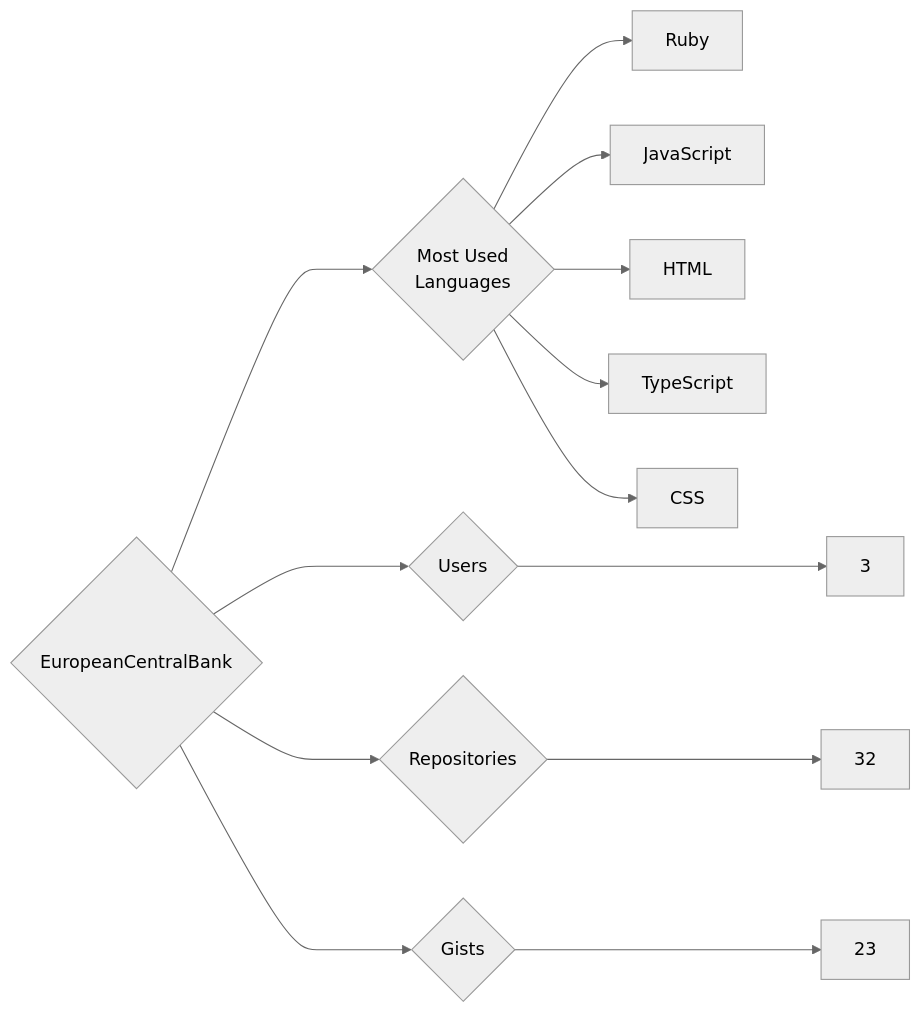
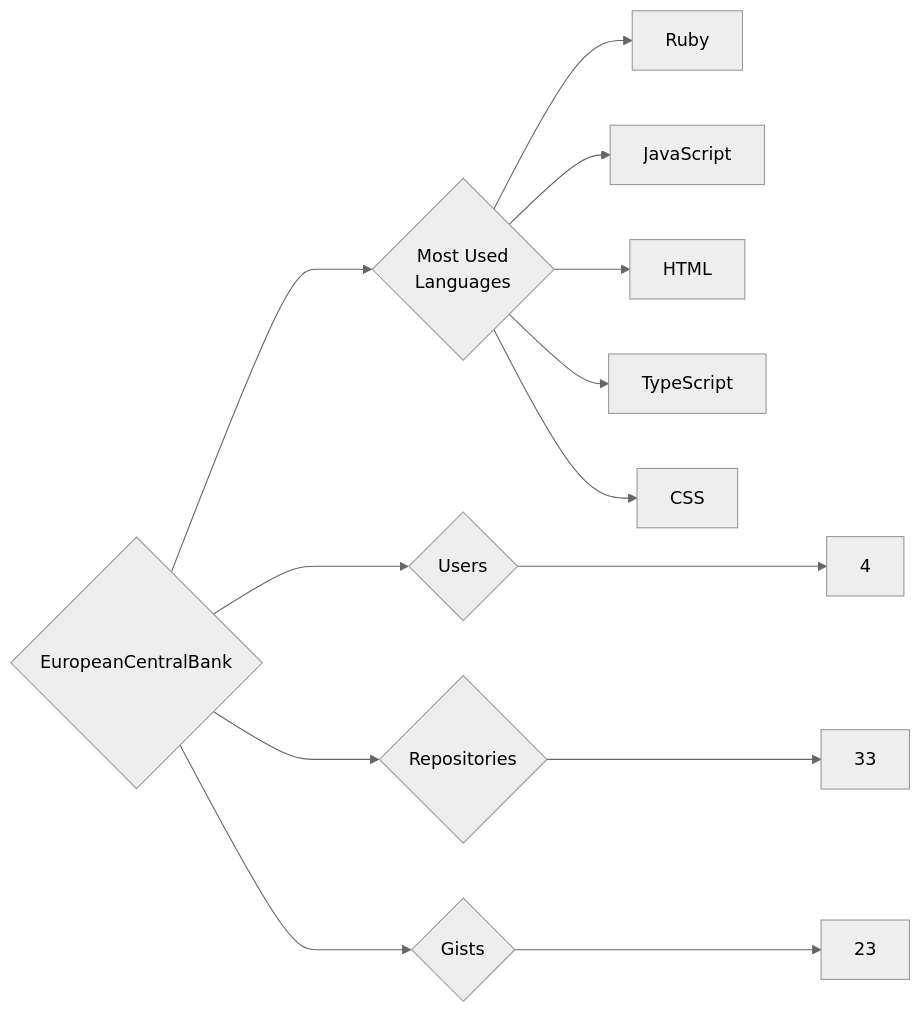
One commit to trickest/insiders changed the diagram in targets/EuropeanCentralBank/README.md. Above: the diagram before and after it, drawn with Mermaid (neutral theme). The commit also changed 1149 other files, not shown here.

````diff
--- a/targets/EuropeanCentralBank/README.md
+++ b/targets/EuropeanCentralBank/README.md
@@ -3,13 +3,13 @@
 ```mermaid
 graph LR
 COMPANY_NAME{EuropeanCentralBank}
-COMPANY_NAME ---> U{Users} ---> UN[3]
-COMPANY_NAME ---> R{Repositories} ---> RN[32]
+COMPANY_NAME ---> U{Users} ---> UN[4]
+COMPANY_NAME ---> R{Repositories} ---> RN[33]
 COMPANY_NAME ---> G{Gists} ---> GN[23]
 COMPANY_NAME ---> ML{Most Used<br>Languages}
 ML --> Ruby[Ruby]
 ML --> JavaScript[JavaScript]
 ML --> HTML[HTML]
 ML --> TypeScript[TypeScript]
 ML --> CSS[CSS]
 ```
````
